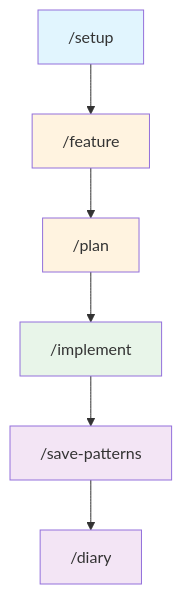
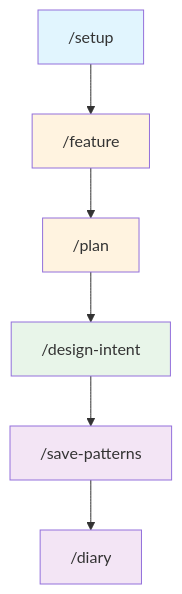
One commit to joaquimscosta/arkhe-claude-plugins changed the fourth of 4 diagrams in plugins/design-intent/README.md. Above: the diagram before and after it, drawn with Mermaid. The commit also changed other lines of this file and 91 other files, not shown here.

First line of the commit message:
refactor: agentic architecture improvements and Spring Boot enhancements (#20)

````diff
--- a/plugins/design-intent/README.md
+++ b/plugins/design-intent/README.md
@@ -197,20 +213,20 @@
 ```mermaid
 flowchart TD
     A["/setup"] --> B["/feature"]
     B --> C["/plan"]
-    C --> D["/implement"]
+    C --> D["/design-intent"]
     D --> E["/save-patterns"]
     E --> F["/diary"]
 
     A:::init
     B:::spec
     C:::spec
     D:::build
     E:::capture
     F:::capture
 
     classDef init fill:#e1f5fe
     classDef spec fill:#fff3e0
     classDef build fill:#e8f5e9
     classDef capture fill:#f3e5f5
 ```
````
